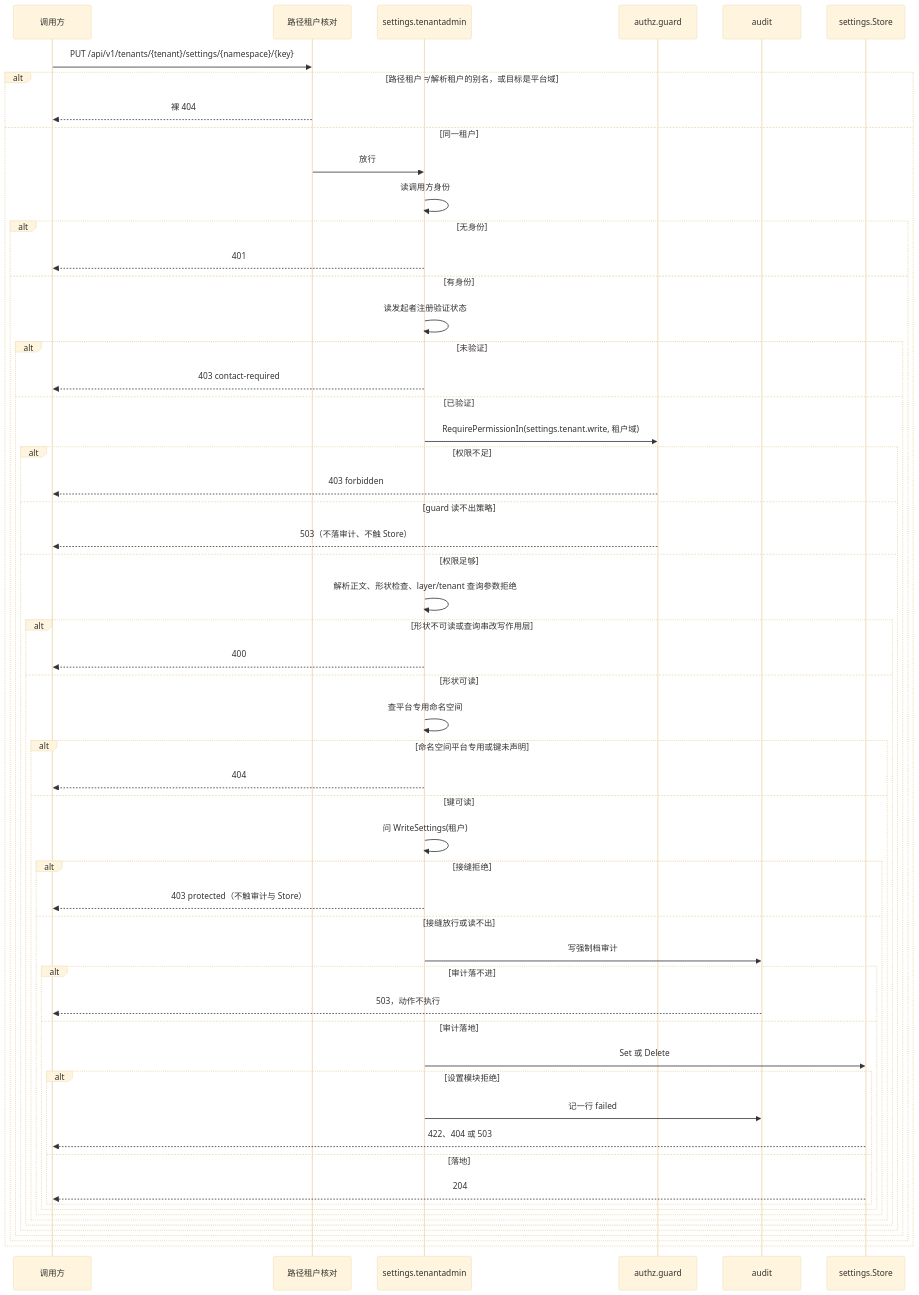
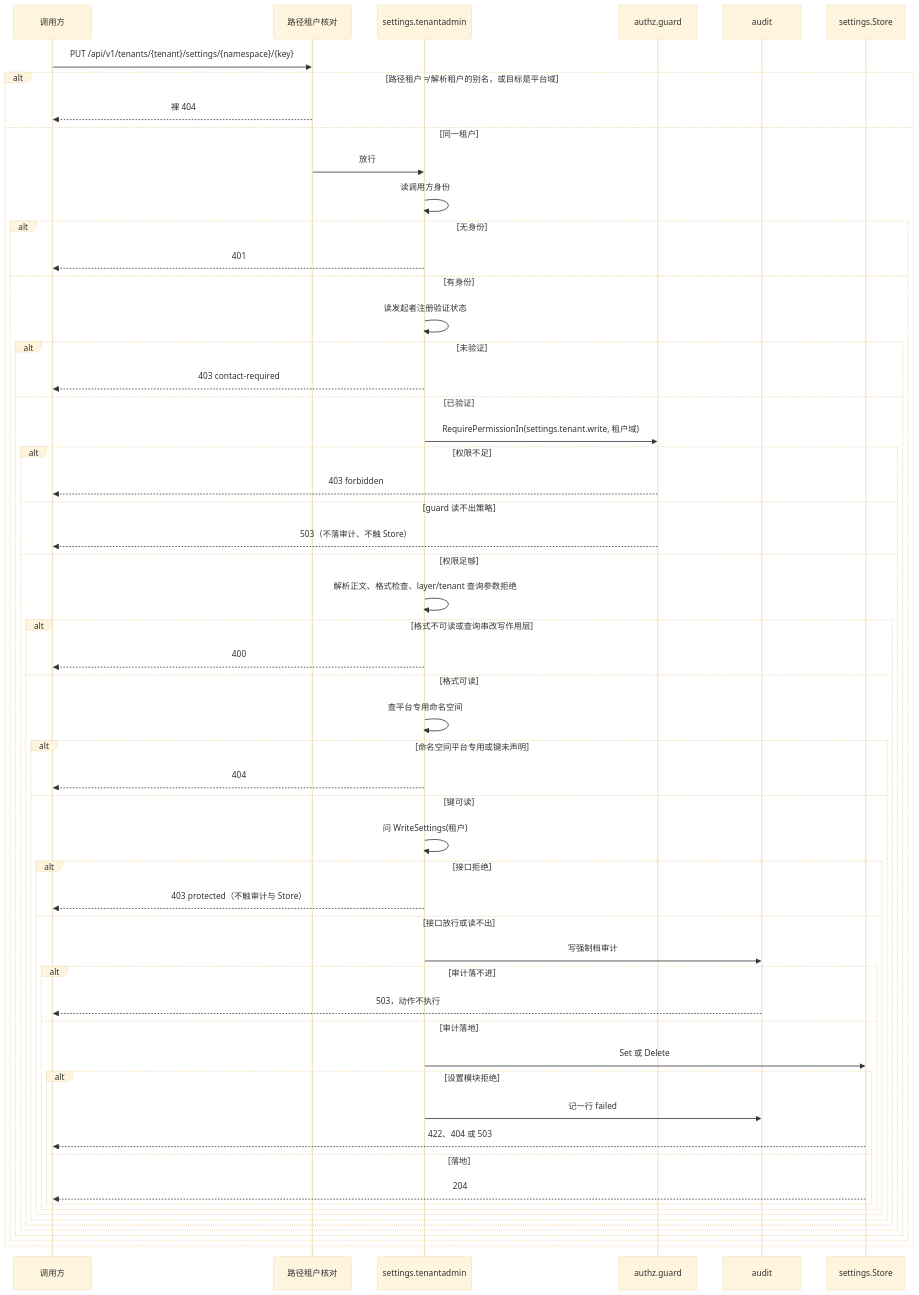
One commit to wangzw/speed changed the diagram in docs/design/modules/settings/design-settings-tenantadmin.md. Above: the diagram before and after it, drawn with Mermaid (base theme). The commit also changed other lines of this file and 328 other files, not shown here.

````diff
--- a/docs/design/modules/settings/design-settings-tenantadmin.md
+++ b/docs/design/modules/settings/design-settings-tenantadmin.md
@@ -124,60 +124,60 @@
 ```mermaid
 sequenceDiagram
     participant C as 调用方
     participant T as 路径租户核对
     participant H as settings.tenantadmin
     participant G as authz.guard
     participant A as audit
     participant S as settings.Store
 
     C->>T: PUT /api/v1/tenants/{tenant}/settings/{namespace}/{key}
     alt 路径租户 ≠ 解析租户的别名，或目标是平台域
         T-->>C: 裸 404
     else 同一租户
         T->>H: 放行
         H->>H: 读调用方身份
         alt 无身份
             H-->>C: 401
         else 有身份
             H->>H: 读发起者注册验证状态
             alt 未验证
                 H-->>C: 403 contact-required
             else 已验证
                 H->>G: RequirePermissionIn(settings.tenant.write, 租户域)
                 alt 权限不足
                     G-->>C: 403 forbidden
                 else guard 读不出策略
                     G-->>C: 503（不落审计、不触 Store）
                 else 权限足够
-                    H->>H: 解析正文、形状检查、layer/tenant 查询参数拒绝
-                    alt 形状不可读或查询串改写作用层
+                    H->>H: 解析正文、格式检查、layer/tenant 查询参数拒绝
+                    alt 格式不可读或查询串改写作用层
                         H-->>C: 400
-                    else 形状可读
+                    else 格式可读
                         H->>H: 查平台专用命名空间
                         alt 命名空间平台专用或键未声明
                             H-->>C: 404
                         else 键可读
                             H->>H: 问 WriteSettings(租户)
-                            alt 接缝拒绝
+                            alt 接口拒绝
                                 H-->>C: 403 protected（不触审计与 Store）
-                            else 接缝放行或读不出
+                            else 接口放行或读不出
                                 H->>A: 写强制档审计
                                 alt 审计落不进
                                     A-->>C: 503，动作不执行
                                 else 审计落地
                                     H->>S: Set 或 Delete
                                     alt 设置模块拒绝
                                         H->>A: 记一行 failed
                                         S-->>C: 422、404 或 503
                                     else 落地
                                         S-->>C: 204
                                     end
                                 end
                             end
                         end
                     end
                 end
             end
         end
     end
 ```
````
